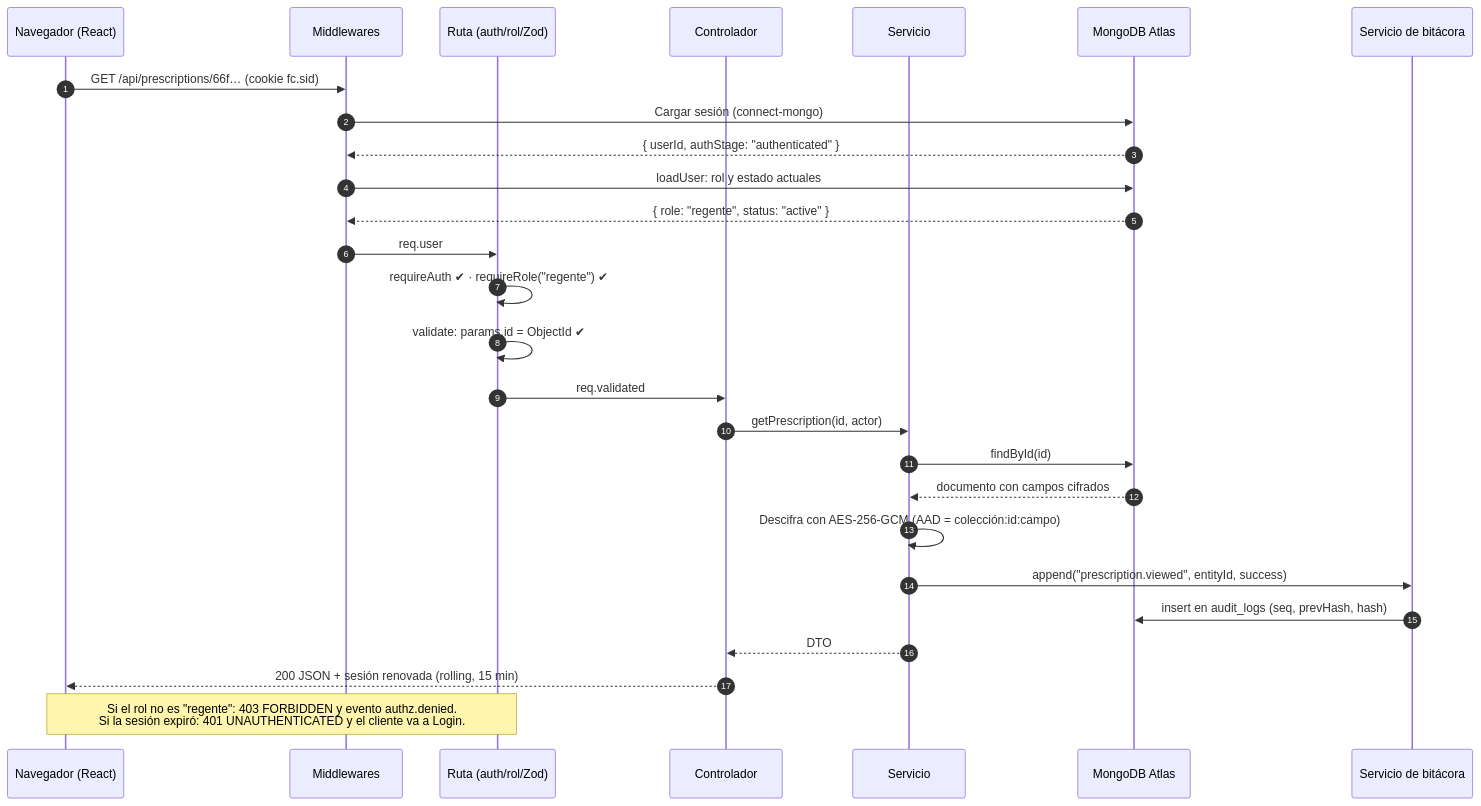
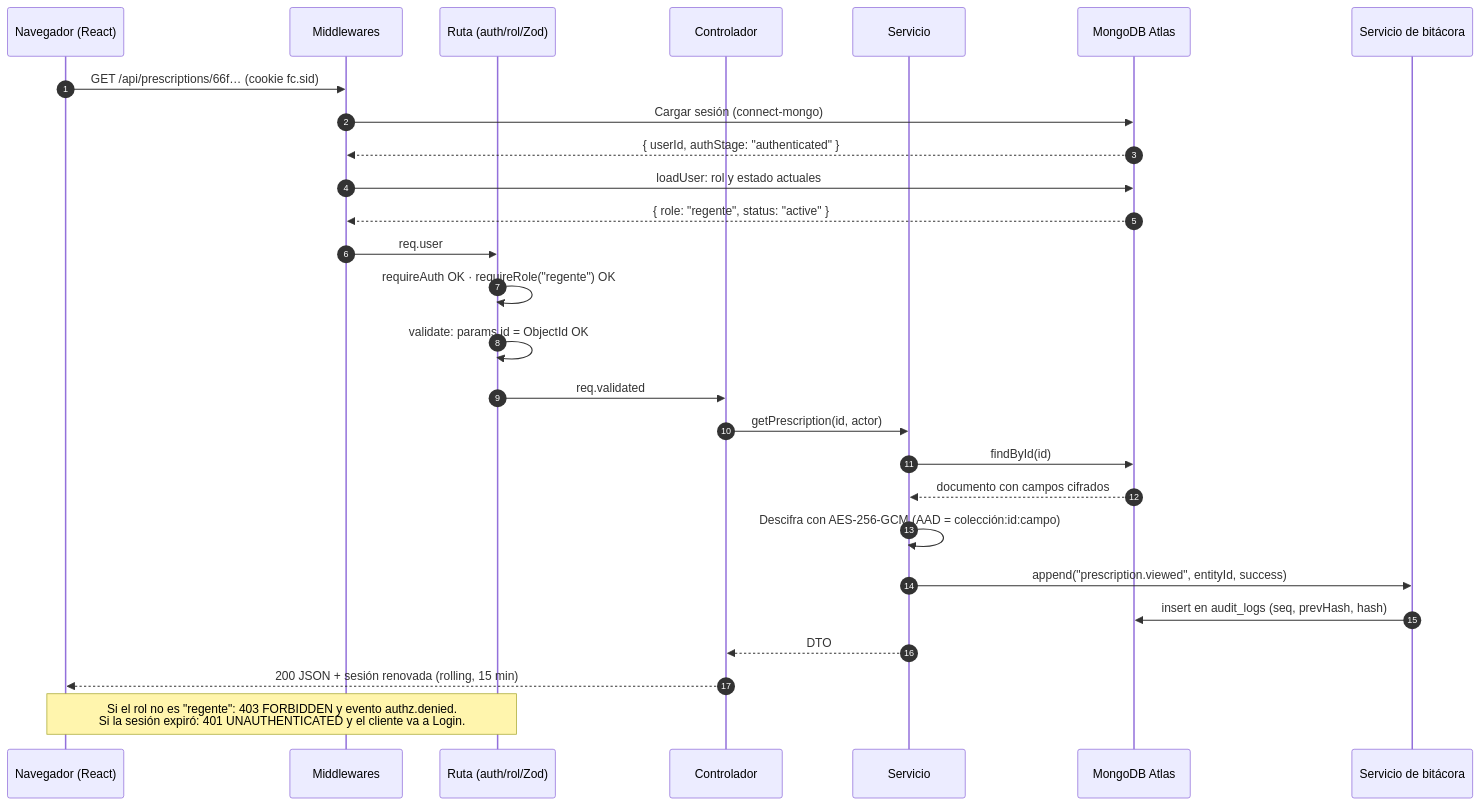
One commit to ecaldcc/08-FarmaCentro changed the second of 6 diagrams in docs/arquitectura.md. Above: the diagram before and after it, drawn with Mermaid. The commit also changed other lines of this file and 8 other files, not shown here.

````diff
--- a/docs/arquitectura.md
+++ b/docs/arquitectura.md
@@ -98,31 +98,31 @@
 ```mermaid
 sequenceDiagram
     autonumber
     participant B as Navegador (React)
     participant MW as Middlewares
     participant RT as Ruta (auth/rol/Zod)
     participant CT as Controlador
     participant SV as Servicio
     participant DB as MongoDB Atlas
     participant AU as Servicio de bitácora
 
     B->>MW: GET /api/prescriptions/66f… (cookie fc.sid)
     MW->>DB: Cargar sesión (connect-mongo)
     DB-->>MW: { userId, authStage: "authenticated" }
     MW->>DB: loadUser: rol y estado actuales
     DB-->>MW: { role: "regente", status: "active" }
     MW->>RT: req.user
-    RT->>RT: requireAuth ✔ · requireRole("regente") ✔
-    RT->>RT: validate: params.id = ObjectId ✔
+    RT->>RT: requireAuth OK · requireRole("regente") OK
+    RT->>RT: validate: params.id = ObjectId OK
     RT->>CT: req.validated
     CT->>SV: getPrescription(id, actor)
     SV->>DB: findById(id)
     DB-->>SV: documento con campos cifrados
     SV->>SV: Descifra con AES-256-GCM (AAD = colección:id:campo)
     SV->>AU: append("prescription.viewed", entityId, success)
     AU->>DB: insert en audit_logs (seq, prevHash, hash)
     SV-->>CT: DTO
     CT-->>B: 200 JSON + sesión renovada (rolling, 15 min)
 
     Note over RT,B: Si el rol no es "regente": 403 FORBIDDEN y evento authz.denied.<br/>Si la sesión expiró: 401 UNAUTHENTICATED y el cliente va a Login.
 ```
````
